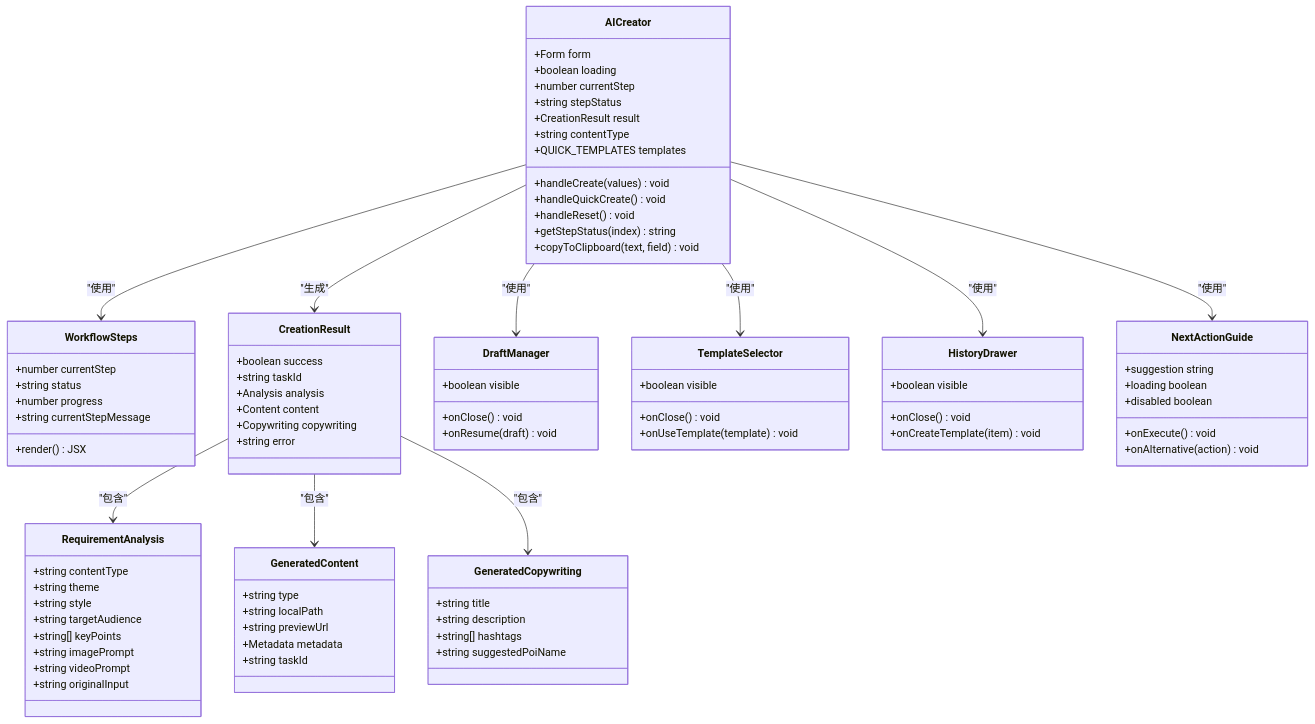
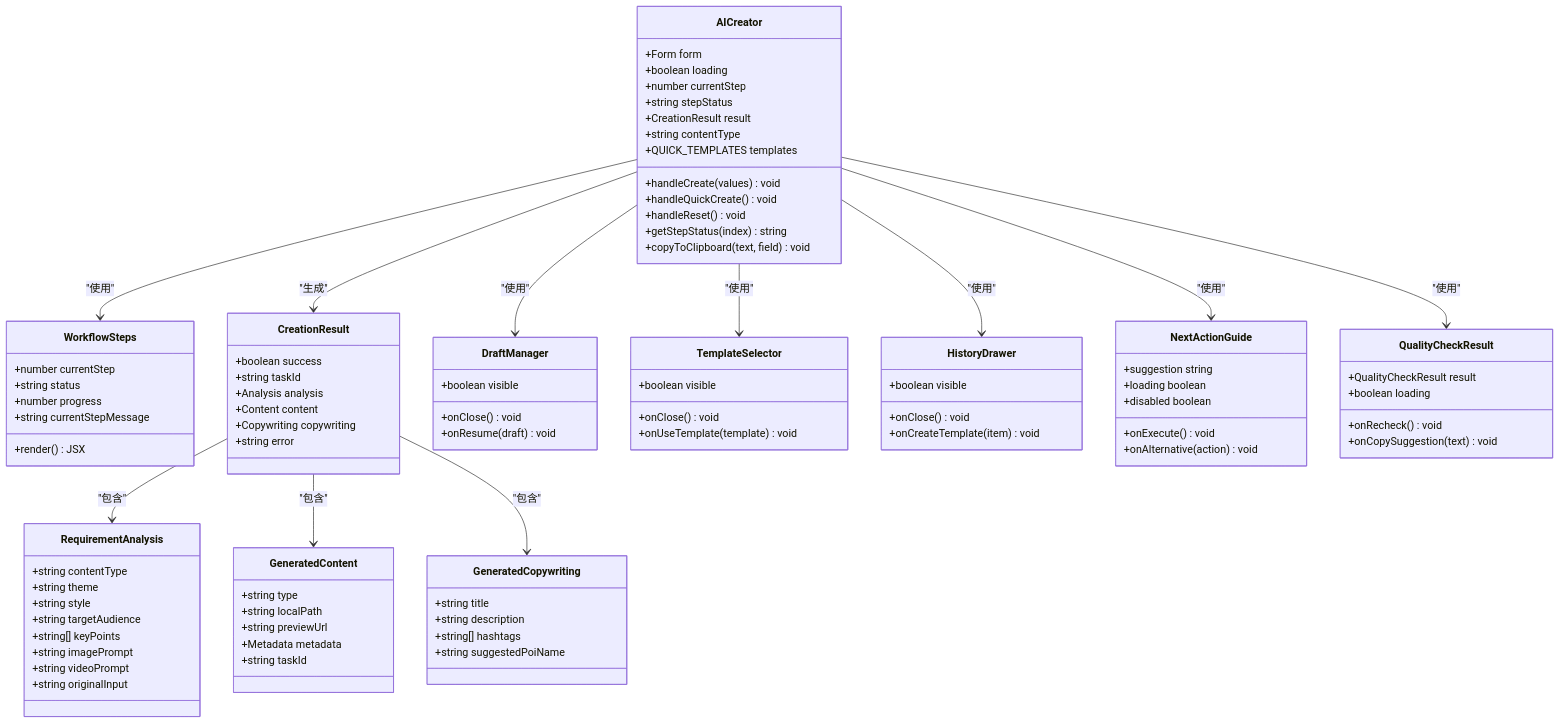
Before and after one commit to songdiyang/clawOperations: the third of 17 diagrams in .qoder/repowiki/zh/content/核心模块详解/Web界面系统/AI创作页面.md, drawn with Mermaid. The commit also changed other lines of this file and 6 other files, not shown here.

Commit message:
feat: add regenerate copywriting button when quality check fails

```diff
--- a/.qoder/repowiki/zh/content/核心模块详解/Web界面系统/AI创作页面.md
+++ b/.qoder/repowiki/zh/content/核心模块详解/Web界面系统/AI创作页面.md
@@ -213,11 +225,18 @@
 +loading boolean
 +disabled boolean
 }
+class QualityCheckResult {
++QualityCheckResult result
++boolean loading
++onRecheck() void
++onCopySuggestion(text) void
+}
 AICreator --> WorkflowSteps : "使用"
 AICreator --> DraftManager : "使用"
 AICreator --> TemplateSelector : "使用"
 AICreator --> HistoryDrawer : "使用"
 AICreator --> NextActionGuide : "使用"
+AICreator --> QualityCheckResult : "使用"
 AICreator --> CreationResult : "生成"
 CreationResult --> RequirementAnalysis : "包含"
 CreationResult --> GeneratedContent : "包含"
```
